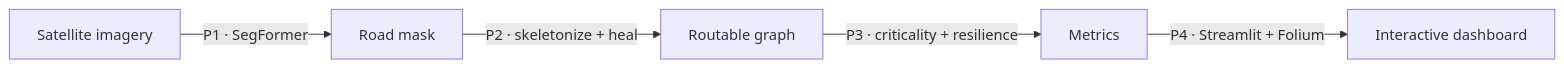
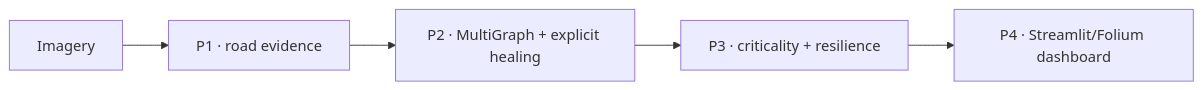
One commit to Akshat-Tiwari69/Trace changed the diagram in README.md. Above: the diagram before and after it, drawn with Mermaid. The commit also changed other lines of this file and 24 other files, not shown here.

Commit message:
docs(a44): reconcile project state and roadmap

````diff
--- a/README.md
+++ b/README.md
@@ -17,7 +13,7 @@
 ```mermaid
 flowchart LR
-    A[Satellite imagery] -->|P1 · SegFormer| B[Road mask]
-    B -->|P2 · skeletonize + heal| C[Routable graph]
-    C -->|P3 · criticality + resilience| D[Metrics]
-    D -->|P4 · Streamlit + Folium| E[Interactive dashboard]
+    A[Imagery] --> B["P1 · road evidence"]
+    B --> C["P2 · MultiGraph + explicit healing"]
+    C --> D["P3 · criticality + resilience"]
+    D --> E["P4 · Streamlit/Folium dashboard"]
 ```
````
